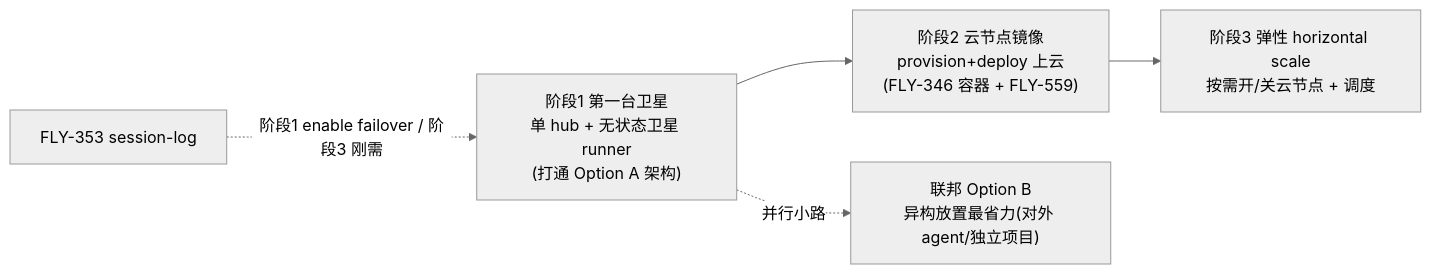
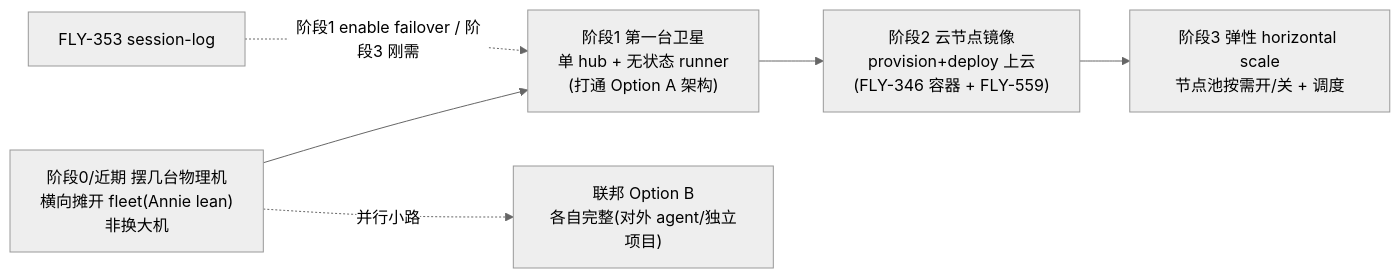
One commit to xrliAnnie/flywheel-qa-sandbox changed the first of 2 diagrams in product/doc/FLY-1005-multi-machine-runners/plan.md. Above: the diagram before and after it, drawn with Mermaid (neutral theme). The commit also changed other lines of this file and 2 other files, not shown here.

First line of the commit message:
docs(FLY-1005): fold Annie's v3 co-eval — federation choice, cloud detail, cost

````diff
--- a/product/doc/FLY-1005-multi-machine-runners/plan.md
+++ b/product/doc/FLY-1005-multi-machine-runners/plan.md
@@ -42,7 +42,8 @@
 ```mermaid
 graph LR
-    P1["阶段1 第一台卫星<br/>单 hub + 无状态卫星 runner<br/>(打通 Option A 架构)"] --> P2["阶段2 云节点镜像<br/>provision+deploy 上云<br/>(FLY-346 容器 + FLY-559)"]
-    P2 --> P3["阶段3 弹性 horizontal scale<br/>按需开/关云节点 + 调度"]
-    P1 -.并行小路.-> PB["联邦 Option B<br/>异构放置最省力(对外 agent/独立项目)"]
+    P0["阶段0/近期 摆几台物理机<br/>横向摊开 fleet(Annie lean)<br/>非换大机"] --> P1["阶段1 第一台卫星<br/>单 hub + 无状态 runner<br/>(打通 Option A 架构)"]
+    P1 --> P2["阶段2 云节点镜像<br/>provision+deploy 上云<br/>(FLY-346 容器 + FLY-559)"]
+    P2 --> P3["阶段3 弹性 horizontal scale<br/>节点池按需开/关 + 调度"]
+    P0 -.并行小路.-> PB["联邦 Option B<br/>各自完整(对外 agent/独立项目)"]
     P3S["FLY-353 session-log"] -.阶段1 enable failover / 阶段3 刚需.-> P1
 ```
````
